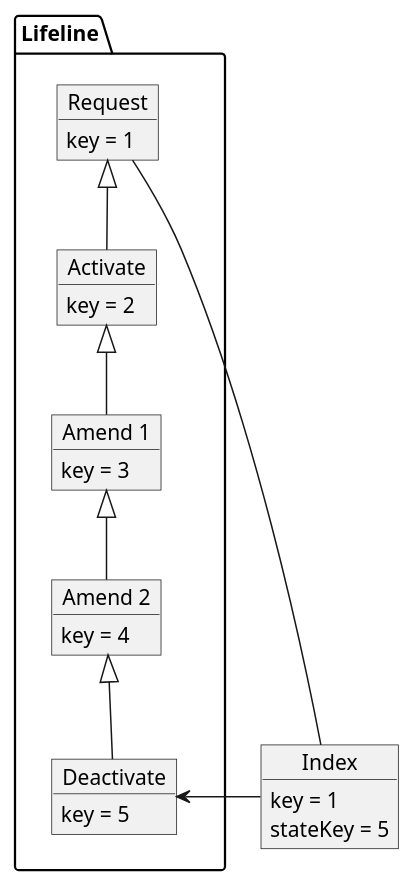
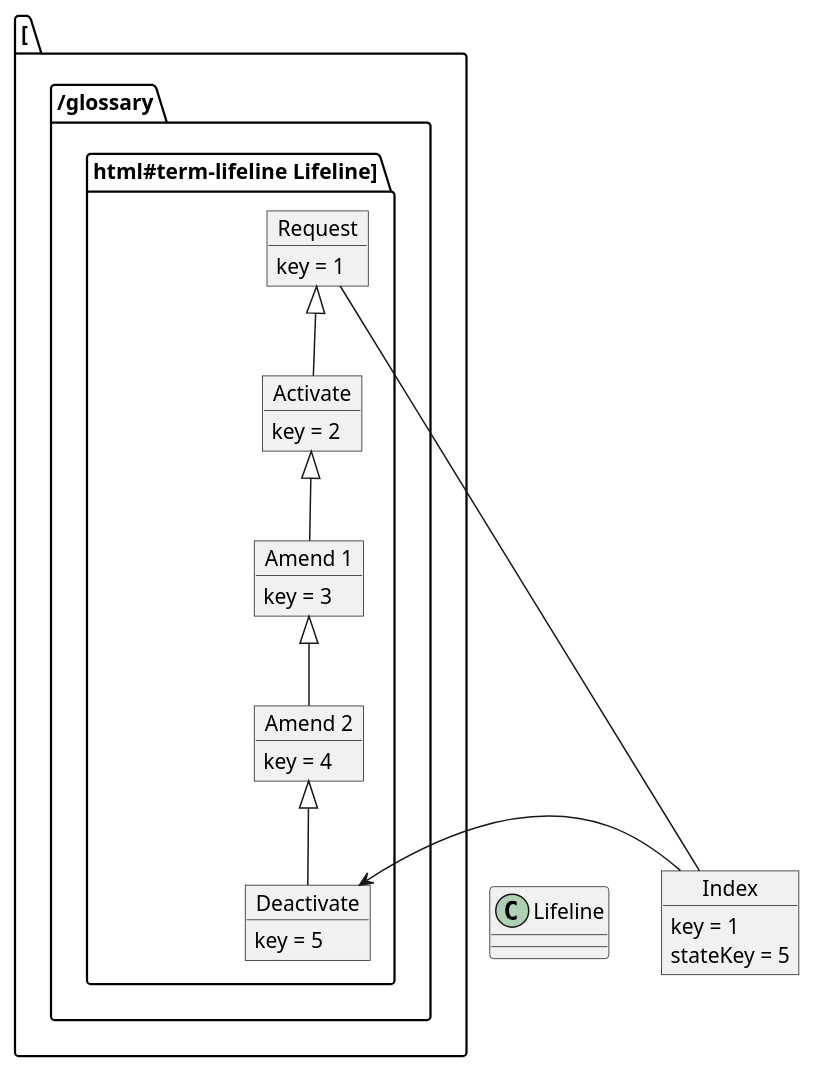
The second of 3 diagrams in docs/source/architecture.rst (sofiayem/rtd-doc-tests), drawn with PlantUML before and after one commit. The commit also changed other lines of this file, not shown here.

```diff
--- a/docs/source/architecture.rst
+++ b/docs/source/architecture.rst
@@ -583,29 +583,29 @@
 .. uml::
 
-   package "Lifeline" [[../glossary.html#term-lifeline]] {
+   package "[[../glossary.html#term-lifeline Lifeline]]" {
       object Request
       object Activate
       object "Amend 1" as Amend1
       object "Amend 2" as Amend2
       object Deactivate
    }
    object Index
 
    Amend2 <|-- Deactivate
    Amend1 <|-- Amend2
    Activate <|-- Amend1
    Request <|-- Activate
 
    Request : key = 1
    Activate : key = 2
    Amend1 : key = 3
    Amend2 : key = 4
    Deactivate : key = 5
 
    Index : key = 1
    Index : stateKey = 5
 
    Lifeline -[hidden]r- Index
 
    Index -l- Request
    Index -l-> Deactivate
```
